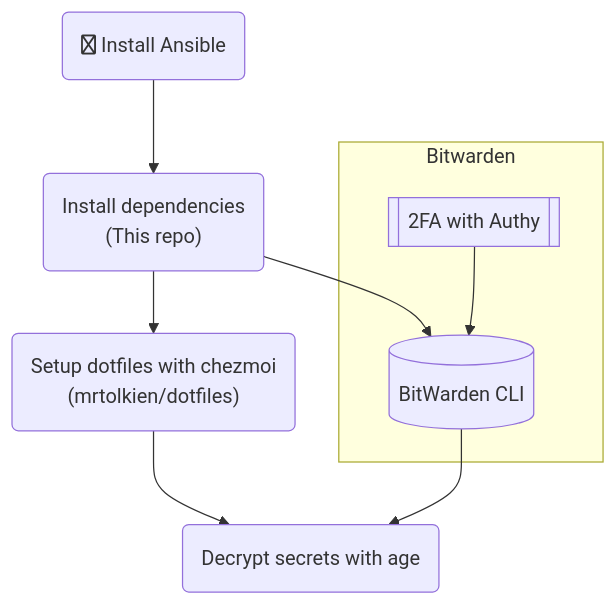
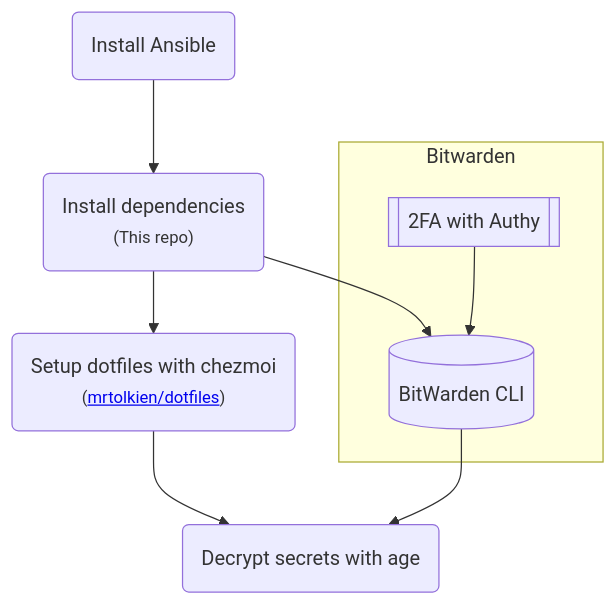
One commit to mrtolkien/tolkos changed the diagram in README.md. Above: the diagram before and after it, drawn with Mermaid.

Commit message:
doc: html in mermaid!

````diff
--- a/README.md
+++ b/README.md
@@ -11,18 +11,18 @@
 ```mermaid
 flowchart TD
-    A("far:fa-theater-masks Install Ansible")
-    AA("Install dependencies\n(This repo)")
+    A(Install Ansible)
+    AA("Install dependencies\n<small>(This repo)</small>")
     B[( BitWarden CLI )]
     BB[[ 2FA with Authy ]]
-    C("Setup dotfiles with chezmoi\n(mrtolkien/dotfiles)")
+    C("Setup dotfiles with chezmoi\n<small>(<a href=https://github.com/mrtolkien/dotfiles>mrtolkien/dotfiles</a>)</small>")
     D( Decrypt secrets with age )
 
     A --> AA --> C --> D
     AA --> B
     BB --> B --> D
 
     subgraph Bitwarden
         B
         BB
     end
 ```
````
